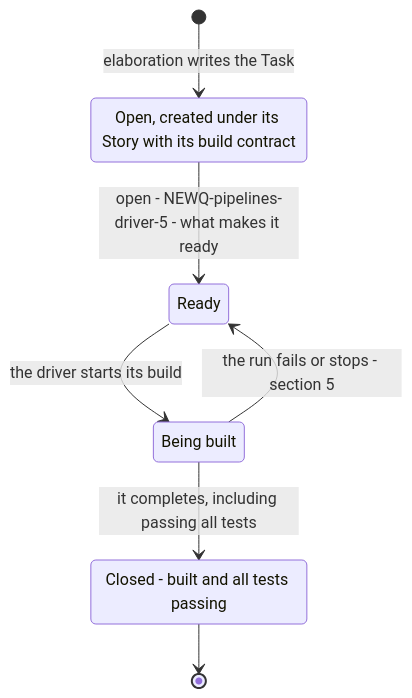
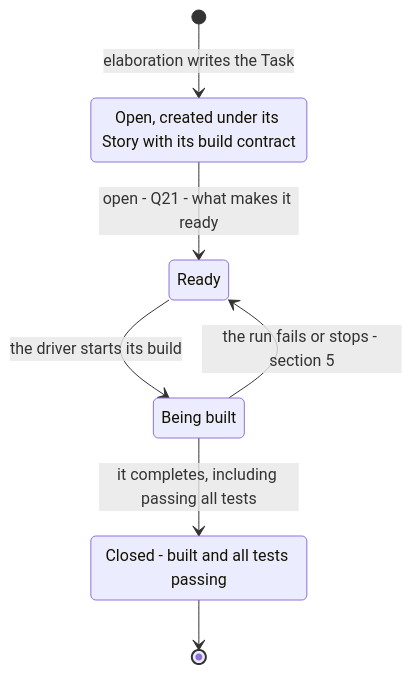
Before and after one commit to mark-satterfield/toolset: the sixth of 8 diagrams in plugins/agent-teams-workforce/blueprint/design/pipelines-driver.md, drawn with Mermaid. The commit also changed other lines of this file and 7 other files, not shown here.

First line of the commit message:
docs(blueprint): show PRD, build, deploy and driver pipelines only as the owner wants them

````diff
--- a/plugins/agent-teams-workforce/blueprint/design/pipelines-driver.md
+++ b/plugins/agent-teams-workforce/blueprint/design/pipelines-driver.md
@@ -253,13 +253,13 @@
 ```mermaid
 stateDiagram-v2
     state "Open, created under its Story with its build contract" as tOpen
     state "Ready" as tReady
     state "Being built" as tBuild
     state "Closed - built and all tests passing" as tClosed
     [*] --> tOpen: elaboration writes the Task
-    tOpen --> tReady: open - NEWQ-pipelines-driver-5 - what makes it ready
+    tOpen --> tReady: open - Q21 - what makes it ready
     tReady --> tBuild: the driver starts its build
     tBuild --> tReady: the run fails or stops - section 5
     tBuild --> tClosed: it completes, including passing all tests
     tClosed --> [*]
 ```
````
